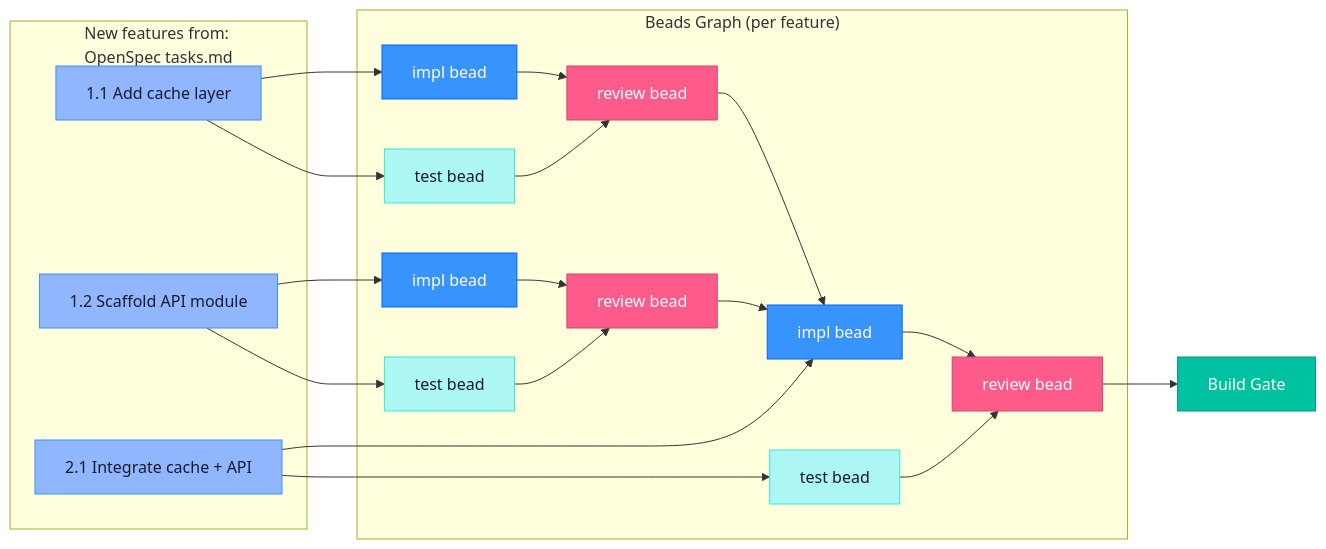
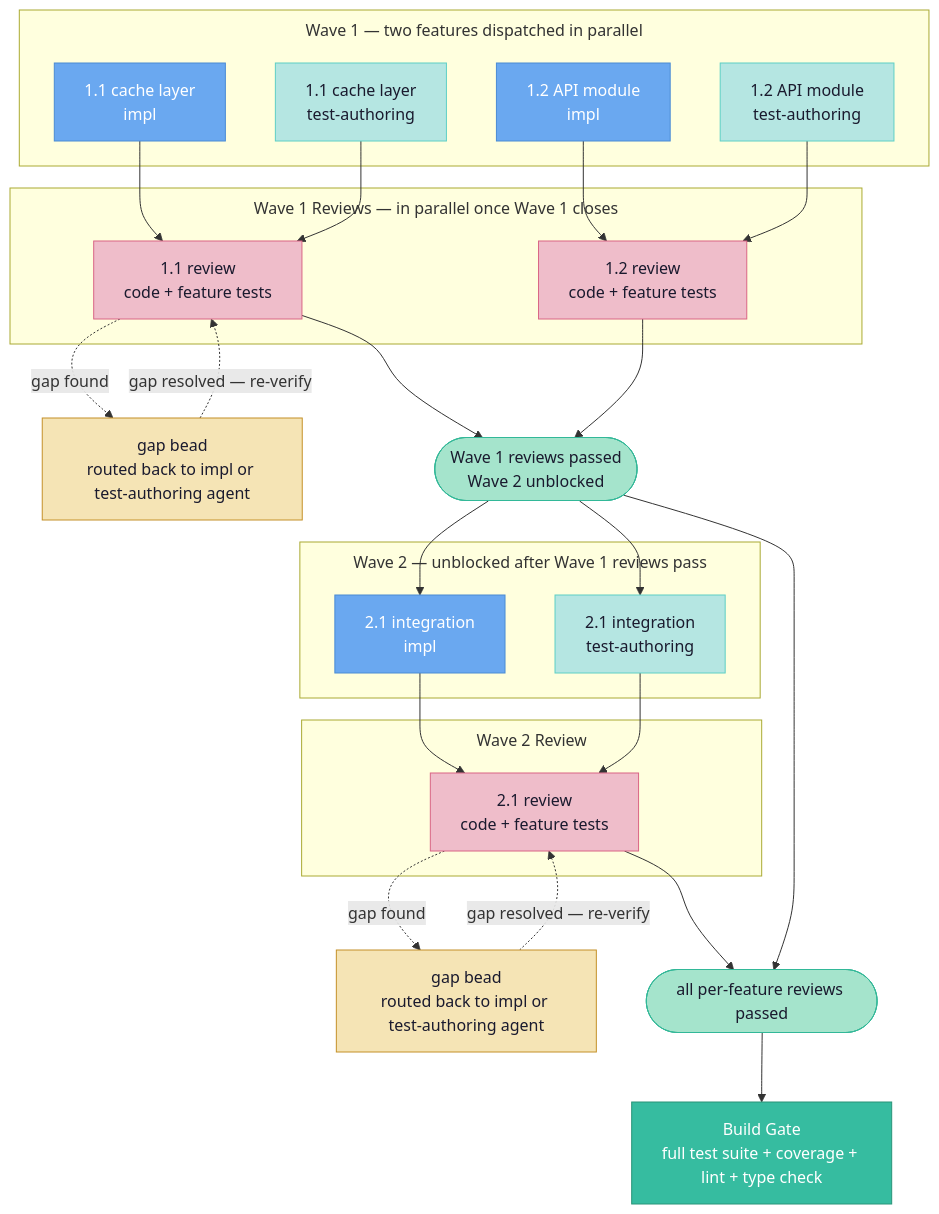
One commit to Sand2Silicon/sand2silicon-agentic-skills changed the third of 5 diagrams in plugins/sdd-workflow/README.md. Above: the diagram before and after it, drawn with Mermaid. The commit also changed other lines of this file, not shown here.

````diff
--- a/plugins/sdd-workflow/README.md
+++ b/plugins/sdd-workflow/README.md
@@ -135,36 +155,50 @@
 ```mermaid
-flowchart LR
-    classDef source fill:#90b6fd,stroke:#3694fc,color:#1a1a2e
-    classDef impl fill:#3694fc,stroke:#0263fb,color:#fff
-    classDef test fill:#acf7f3,stroke:#36ead0,color:#1a1a2e
-    classDef review fill:#ff5b8a,stroke:#d44470,color:#fff
-    classDef gate fill:#00c2a0,stroke:#009a7c,color:#fff
+%%{init: {"flowchart": {"subGraphTitleMargin": {"top": 8, "bottom": 20}}}}%%
+flowchart TD
+    classDef impl fill:#6aa8f0,stroke:#4a8bd4,color:#fff
+    classDef testauth fill:#b5e6e2,stroke:#5ecfc5,color:#1a1a2e
+    classDef review fill:#efbdca,stroke:#d96585,color:#1a1a2e
+    classDef gap fill:#f5e4b5,stroke:#c49028,color:#1a1a2e
+    classDef join fill:#a5e4cc,stroke:#32b898,color:#1a1a2e
+    classDef gate fill:#36bca0,stroke:#289478,color:#fff
 
-    subgraph "New features from:
-     OpenSpec tasks.md"
-        T1["1.1 Add cache layer"]:::source
-        T2["1.2 Scaffold API module"]:::source
-        T3["2.1 Integrate cache + API"]:::source
+    subgraph W1["Wave 1 — two features dispatched in parallel"]
+        I1["1.1 cache layer<br/>impl"]:::impl
+        TS1["1.1 cache layer<br/>test-authoring"]:::testauth
+        I2["1.2 API module<br/>impl"]:::impl
+        TS2["1.2 API module<br/>test-authoring"]:::testauth
     end
 
-    subgraph "Beads Graph (per feature)"
-        T1 --> I1["impl bead"]:::impl
-        T1 --> TS1["test bead"]:::test
-        I1 --> R1["review bead"]:::review
-        TS1 --> R1
+    I1 & TS1 --> R1
+    I2 & TS2 --> R2
 
-        T2 --> I2["impl bead"]:::impl
-        T2 --> TS2["test bead"]:::test
-        I2 --> R2["review bead"]:::review
-        TS2 --> R2
-
-        R1 --> I3["impl bead"]:::impl
-        R2 --> I3
-        T3 --> I3
-        T3 --> TS3["test bead"]:::test
-        I3 --> R3["review bead"]:::review
-        TS3 --> R3
+    subgraph W1R["Wave 1 Reviews — in parallel once Wave 1 closes"]
+        R1["1.1 review<br/>code + feature tests"]:::review
+        R2["1.2 review<br/>code + feature tests"]:::review
     end
 
-    R3 --> GATE["Build Gate"]:::gate
+    R1 -.->|"gap found"| G1["gap bead<br/>routed back to impl or test-authoring agent"]:::gap
+    G1 -.->|"gap resolved — re-verify"| R1
+
+    R1 & R2 --> W2U(["Wave 1 reviews passed<br/>Wave 2 unblocked"]):::join
+
+    subgraph W2["Wave 2 — unblocked after Wave 1 reviews pass"]
+        I3["2.1 integration<br/>impl"]:::impl
+        TS3["2.1 integration<br/>test-authoring"]:::testauth
+    end
+
+    W2U --> I3 & TS3
+
+    I3 & TS3 --> R3
+
+    subgraph W2R["Wave 2 Review"]
+        R3["2.1 review<br/>code + feature tests"]:::review
+    end
+
+    R3 -.->|"gap found"| G3["gap bead<br/>routed back to impl or test-authoring agent"]:::gap
+    G3 -.->|"gap resolved — re-verify"| R3
+
+    R3 & W2U --> ALLPASS(["all per-feature reviews passed"]):::join
+
+    ALLPASS --> BG["Build Gate<br/>full test suite + coverage + lint + type check"]:::gate
 ```
````
